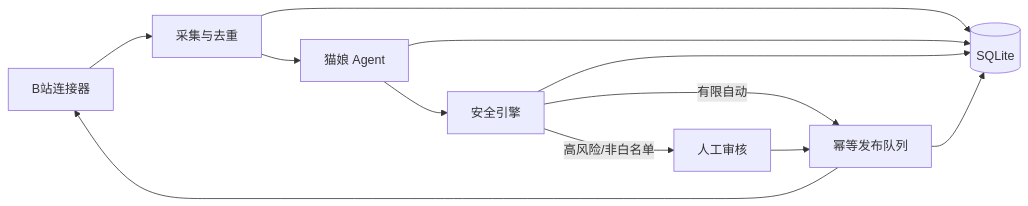
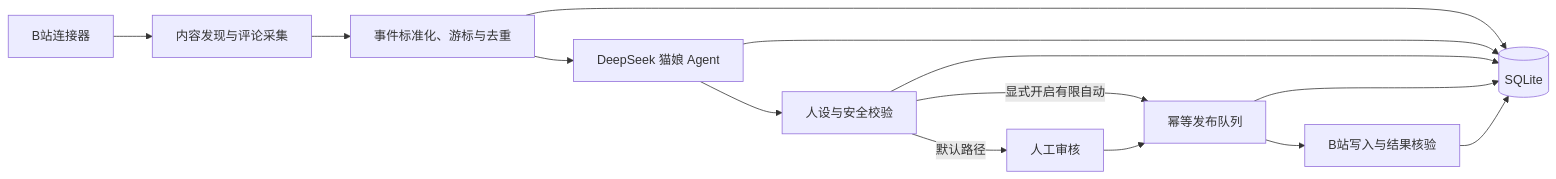
The diagram in README.md (Elana-va/bilibili-cyber-catgirl), drawn with Mermaid before and after one commit. The commit also changed other lines of this file and 7 other files, not shown here.

````diff
--- a/README.md
+++ b/README.md
@@ -27,14 +62,16 @@
 ```mermaid
 flowchart LR
-  B["B站连接器"] --> I["采集与去重"]
-  I --> A["猫娘 Agent"]
-  A --> S["安全引擎"]
-  S -->|"高风险/非白名单"| H["人工审核"]
-  S -->|"有限自动"| Q["幂等发布队列"]
+  B["B站连接器"] --> C["内容发现与评论采集"]
+  C --> E["事件标准化、游标与去重"]
+  E --> A["DeepSeek 猫娘 Agent"]
+  A --> V["人设与安全校验"]
+  V -->|"默认路径"| H["人工审核"]
+  V -->|"显式开启有限自动"| Q["幂等发布队列"]
   H --> Q
-  Q --> B
-  I --> D[("SQLite")]
-  A --> D
-  S --> D
-  Q --> D
+  Q --> P["B站写入与结果核验"]
+  E --> DB[("SQLite")]
+  A --> DB
+  V --> DB
+  Q --> DB
+  P --> DB
 ```
````
